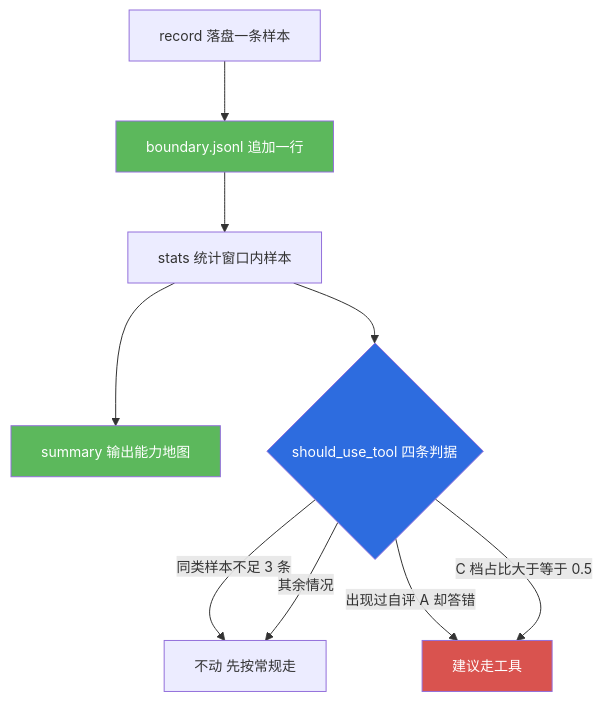
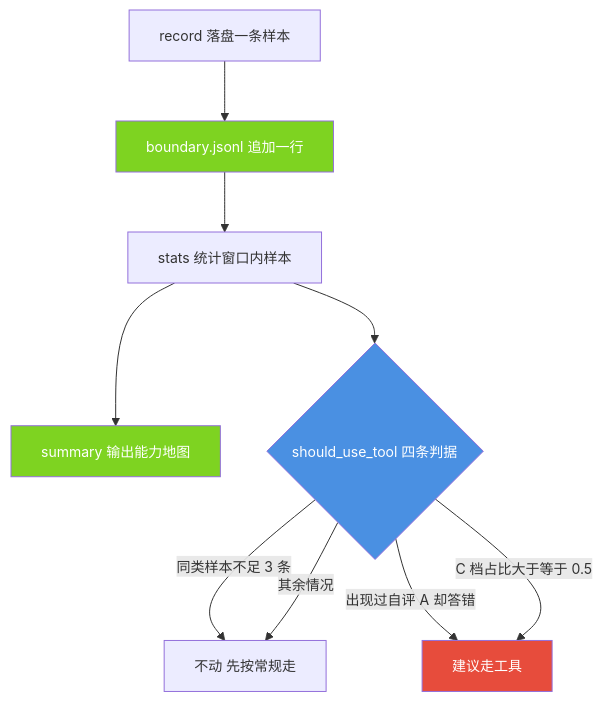
Before and after one commit to jiangchuangege/xiaojiao-harnees: the fourth of 4 diagrams in docs/modules/08-metacognition.md, drawn with Mermaid. The commit also changed other lines of this file and 32 other files, not shown here.

Commit message:
统一：全仓原理图配色到一套调色板 + 给 12 张灰图补色 + 修正自己会睡那张过期图

````diff
--- a/docs/modules/08-metacognition.md
+++ b/docs/modules/08-metacognition.md
@@ -157,17 +157,17 @@
 ```mermaid
 %%{init: {"themeVariables": {"fontSize": "14px"}, "flowchart": {"htmlLabels": true, "wrappingWidth": 330, "nodeSpacing": 46, "rankSpacing": 60, "useMaxWidth": true}}}%%
 flowchart TB
     R1["record 落盘一条样本"] --> F["boundary.jsonl 追加一行"]
     F --> S["stats 统计窗口内样本"]
     S --> M["summary 输出能力地图"]
     S --> D{"should_use_tool 四条判据"}
     D -->|"同类样本不足 3 条"| X1["不动 先按常规走"]
     D -->|"出现过自评 A 却答错"| X2["建议走工具"]
     D -->|"C 档占比大于等于 0.5"| X2
     D -->|"其余情况"| X1
 
-    style F fill:#5cb85c,color:#fff
-    style M fill:#5cb85c,color:#fff
-    style D fill:#2d6cdf,color:#fff
-    style X2 fill:#d9534f,color:#fff
+    style F fill:#7ED321,color:#fff
+    style M fill:#7ED321,color:#fff
+    style D fill:#4A90E2,color:#fff
+    style X2 fill:#E74C3C,color:#fff
 ```
````
